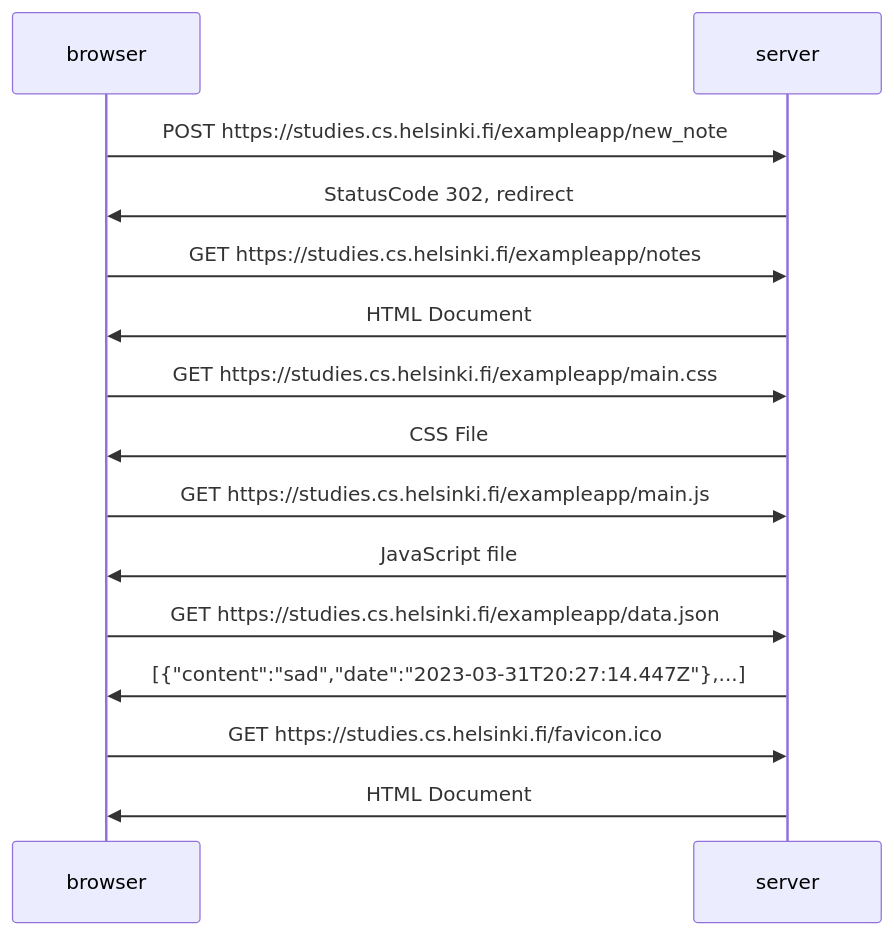
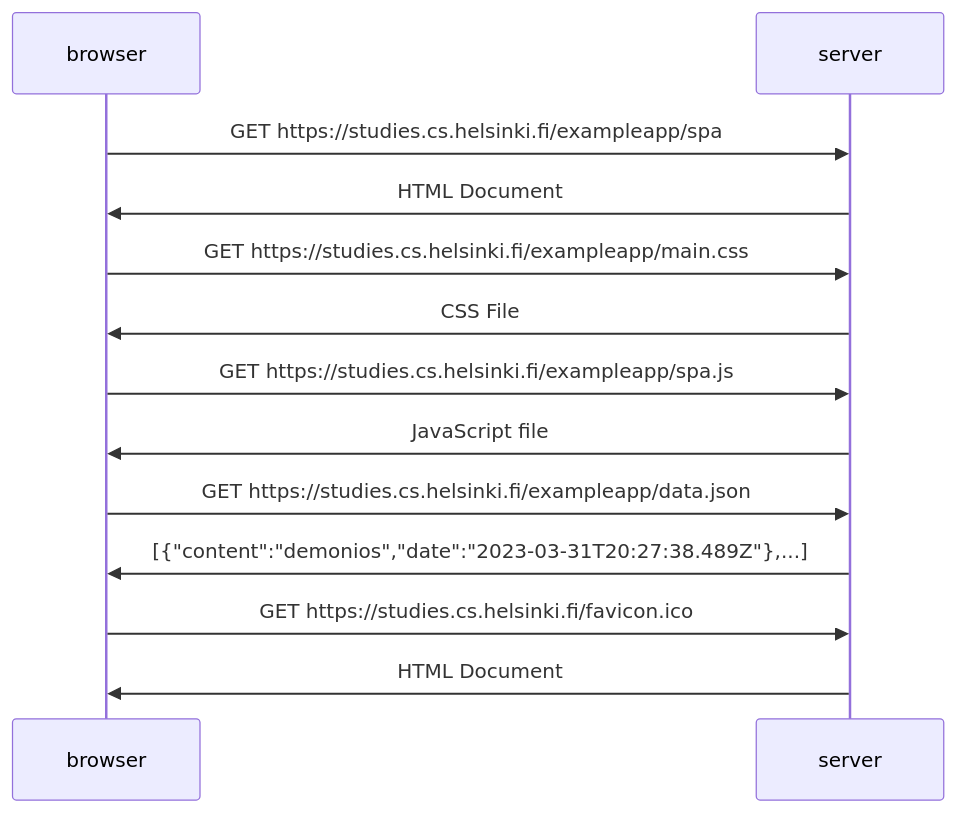
The diagram in Osa0-05.md (mikarep/FullStack-Part1), drawn with Mermaid before and after one commit.

````diff
--- a/Osa0-05.md
+++ b/Osa0-05.md
@@ -3,20 +3,17 @@
 ```mermaid
 sequenceDiagram;
-    browser->>server: POST https://studies.cs.helsinki.fi/exampleapp/new_note;
-    server->>browser: StatusCode 302, redirect;
-    
-    browser->>server: GET https://studies.cs.helsinki.fi/exampleapp/notes;
+    browser->>server: GET https://studies.cs.helsinki.fi/exampleapp/spa;
     server->>browser: HTML Document;
     
     browser->>server: GET https://studies.cs.helsinki.fi/exampleapp/main.css;
     server->>browser: CSS File;
     
-    browser->>server: GET https://studies.cs.helsinki.fi/exampleapp/main.js;
+    browser->>server: GET https://studies.cs.helsinki.fi/exampleapp/spa.js;
     server->>browser: JavaScript file
     
     browser->>server: GET https://studies.cs.helsinki.fi/exampleapp/data.json;
-    server->>browser: [{"content":"sad","date":"2023-03-31T20:27:14.447Z"},...]
+    server->>browser: [{"content":"demonios","date":"2023-03-31T20:27:38.489Z"},...]
     
     browser->>server: GET https://studies.cs.helsinki.fi/favicon.ico;
     server->>browser: HTML Document;
 ```
````
